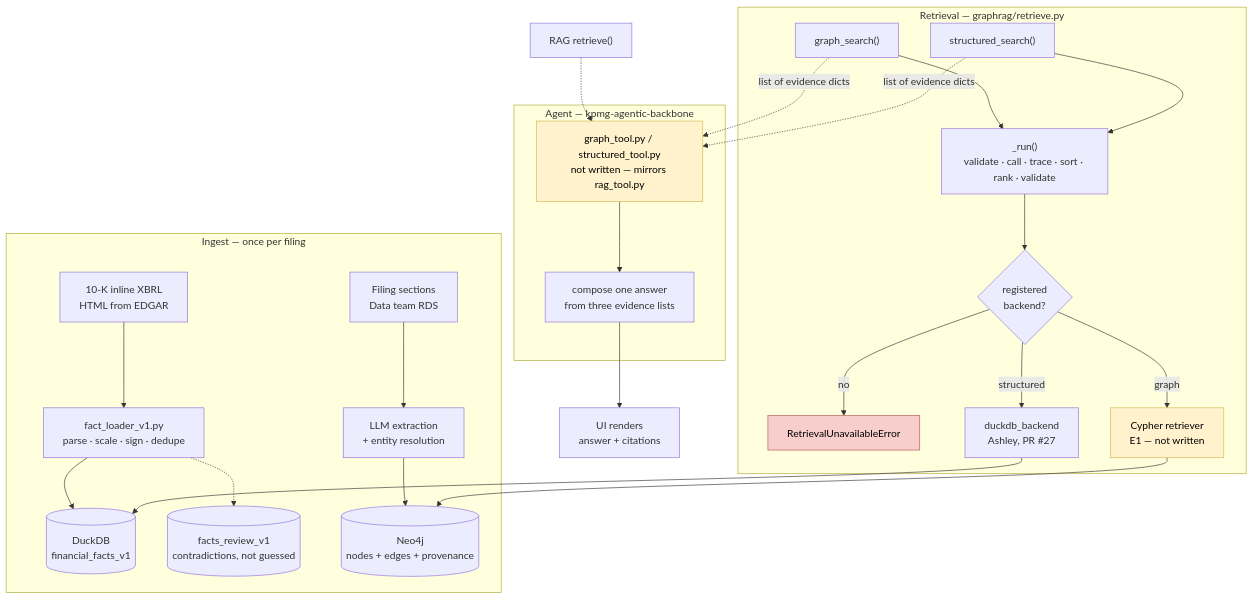
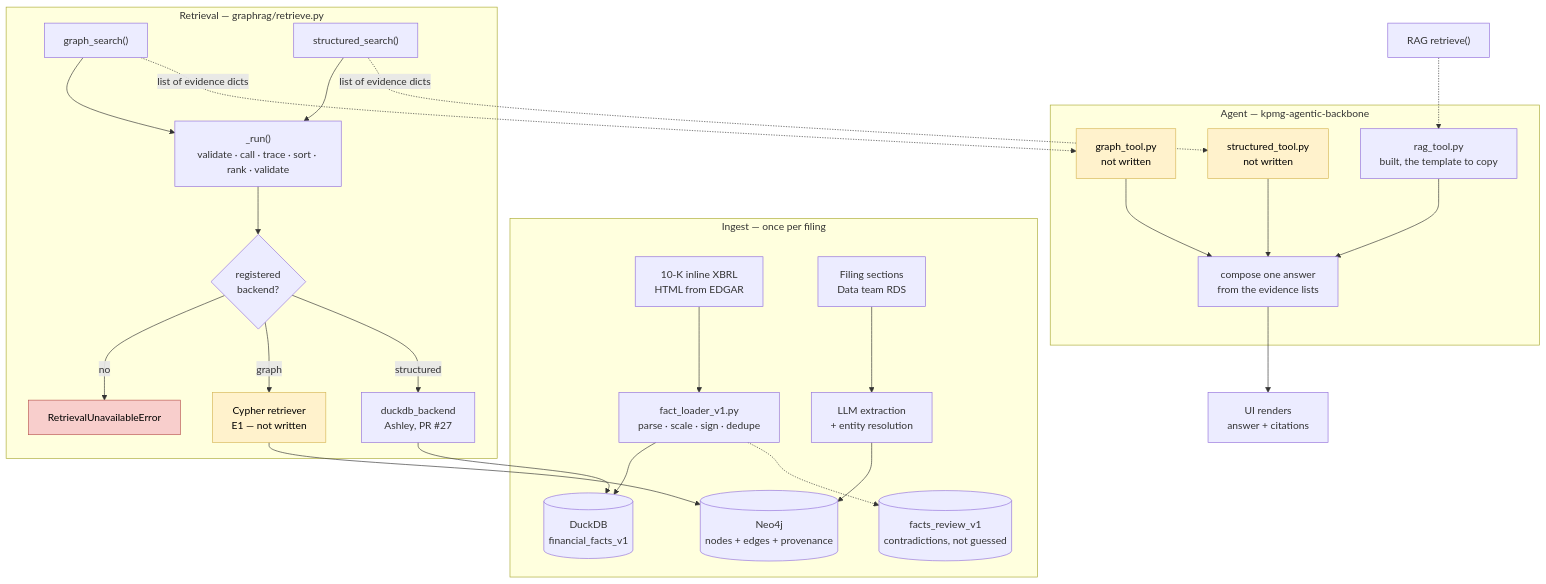
One commit to ZiyiClaudiaWang/KPMG-GraphRAG changed the second of 3 diagrams in README.md. Above: the diagram before and after it, drawn with Mermaid. The commit also changed other lines of this file and 1 other file, not shown here.

Commit message:
Say what the diagram's colours mean, and split the Agent box
The caption said two boxes were missing while the picture had three
coloured ones, and two of those did not mean the same thing. Reading it
you could not tell whether there were two gaps or three, or which ours.

- The legend now spells out all three colours. Yellow means nobody has
  written it. Red is not a gap: RetrievalUnavailableError is what the
  tools do when no backend is registered, and it works today. Unmarked
  means it is on main, with one exception now named, duckdb_backend.
- The Agent box becomes three. It read "graph_tool.py / structured_tool.py"
  as one node, so two separate adapters looked like one piece of work.
  rag_tool.py joins them, shown as built, which makes the point better
  than prose did: the thing they have to write sits next to its template.
- Test count corrected to 112, with the breakdown. The README said 91,
  which was right before the adapter and entity-resolution tests landed.

````diff
--- a/README.md
+++ b/README.md
@@ -59,36 +62,41 @@
 ```mermaid
 flowchart TB
   subgraph ingest["Ingest — once per filing"]
     H["10-K inline XBRL<br>HTML from EDGAR"] --> FL["fact_loader_v1.py<br>parse · scale · sign · dedupe"]
     FL --> DB[("DuckDB<br>financial_facts_v1")]
     FL -.-> RV[("facts_review_v1<br>contradictions, not guessed")]
     SRC["Filing sections<br>Data team RDS"] --> EX["LLM extraction<br>+ entity resolution"]
     EX --> NEO[("Neo4j<br>nodes + edges + provenance")]
   end
 
   subgraph tools["Retrieval — graphrag/retrieve.py"]
     GS["graph_search()"] --> RUN["_run()<br>validate · call · trace · sort · rank · validate"]
     SS["structured_search()"] --> RUN
     RUN --> GB{"registered<br>backend?"}
     GB -->|"no"| ERR["RetrievalUnavailableError"]
     GB -->|"graph"| CY["Cypher retriever<br>E1 — not written"]
     GB -->|"structured"| DQ["duckdb_backend<br>Ashley, PR #27"]
   end
 
   CY --> NEO
   DQ --> DB
 
   subgraph agent["Agent — kpmg-agentic-backbone"]
-    AT["graph_tool.py / structured_tool.py<br>not written — mirrors rag_tool.py"]
-    AT --> COMP["compose one answer<br>from three evidence lists"]
+    GT["graph_tool.py<br>not written"]
+    ST["structured_tool.py<br>not written"]
+    RT["rag_tool.py<br>built, the template to copy"]
+    GT --> COMP["compose one answer<br>from the evidence lists"]
+    ST --> COMP
+    RT --> COMP
   end
 
-  GS -.->|"list of evidence dicts"| AT
-  SS -.->|"list of evidence dicts"| AT
-  RAG["RAG retrieve()"] -.-> AT
+  GS -.->|"list of evidence dicts"| GT
+  SS -.->|"list of evidence dicts"| ST
+  RAG["RAG retrieve()"] -.-> RT
   COMP --> UI["UI renders<br>answer + citations"]
 
   style CY fill:#FFF2CC,stroke:#D6B656,color:#000000
-  style AT fill:#FFF2CC,stroke:#D6B656,color:#000000
+  style GT fill:#FFF2CC,stroke:#D6B656,color:#000000
+  style ST fill:#FFF2CC,stroke:#D6B656,color:#000000
   style ERR fill:#F8CECC,stroke:#B85450,color:#000000
 ```
````
